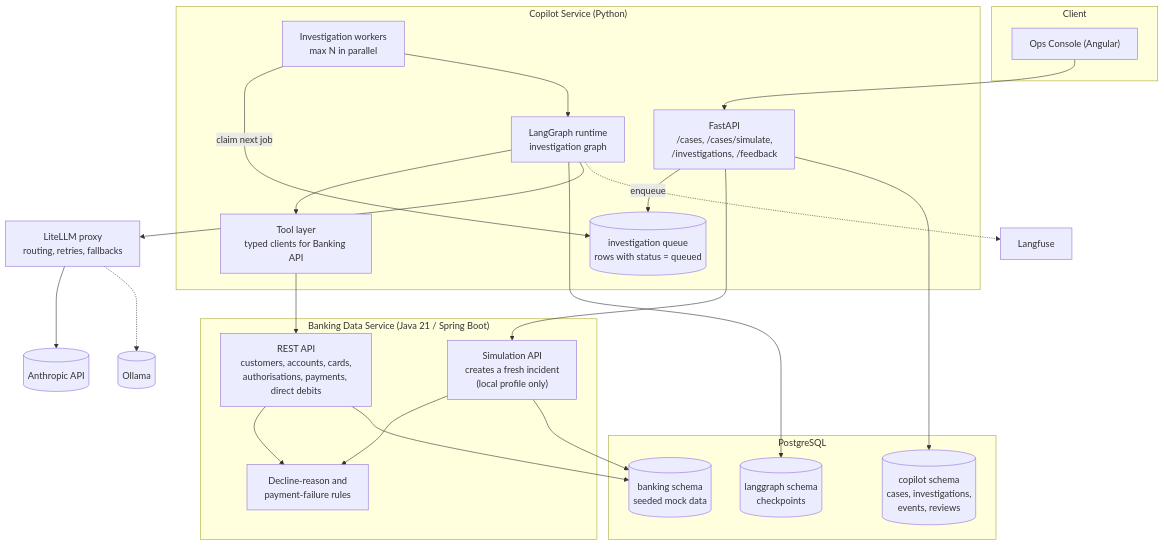
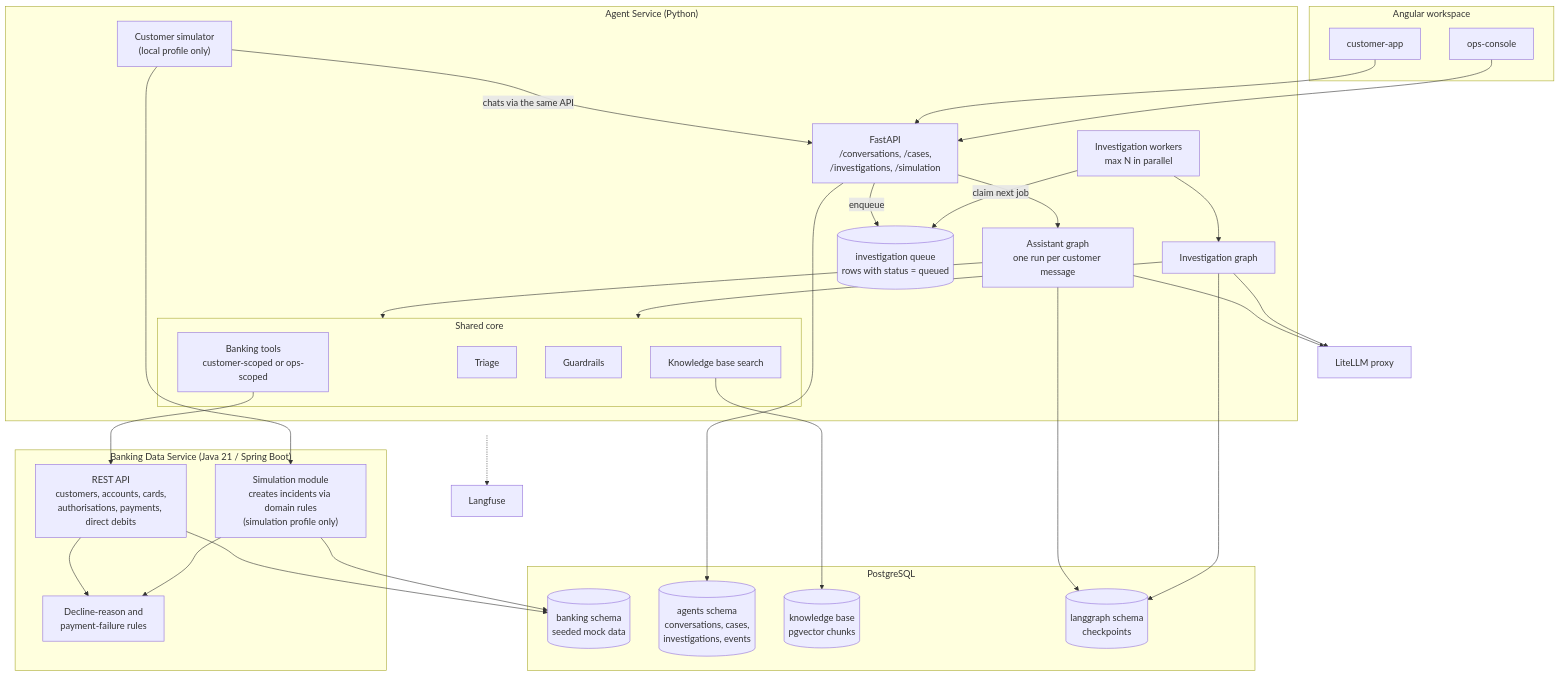
One commit to babicmilan999/claude-poc changed the second of 12 diagrams in docs/architecture.md. Above: the diagram before and after it, drawn with Mermaid. The commit also changed other lines of this file, not shown here.

First line of the commit message:
Add in-app customer assistant to architecture design

````diff
--- a/docs/architecture.md
+++ b/docs/architecture.md
@@ -68,48 +81,61 @@
 ```mermaid
 flowchart TB
-    subgraph client["Client"]
-        console["Ops Console (Angular)"]
+    subgraph clients["Angular workspace"]
+        capp["customer-app"]
+        console["ops-console"]
     end
 
-    subgraph copilot_svc["Copilot Service (Python)"]
-        api["FastAPI<br/>/cases, /cases/simulate,<br/>/investigations, /feedback"]
+    subgraph agent_svc["Agent Service (Python)"]
+        api["FastAPI<br/>/conversations, /cases,<br/>/investigations, /simulation"]
+        assistant["Assistant graph<br/>one run per customer message"]
         workers["Investigation workers<br/>max N in parallel"]
-        graph_rt["LangGraph runtime<br/>investigation graph"]
-        tools["Tool layer<br/>typed clients for Banking API"]
+        investigation["Investigation graph"]
+        subgraph core["Shared core"]
+            triage["Triage"]
+            tools["Banking tools<br/>customer-scoped or ops-scoped"]
+            guards["Guardrails"]
+            kb["Knowledge base search"]
+        end
+        sim["Customer simulator<br/>(local profile only)"]
+        api --> assistant
         api -->|"enqueue"| jobs
         workers -->|"claim next job"| jobs
-        workers --> graph_rt --> tools
+        workers --> investigation
+        assistant --> core
+        investigation --> core
+        sim -->|"chats via the same API"| api
     end
 
     subgraph banking_svc["Banking Data Service (Java 21 / Spring Boot)"]
         bapi["REST API<br/>customers, accounts, cards,<br/>authorisations, payments, direct debits"]
-        sim["Simulation API<br/>creates a fresh incident<br/>(local profile only)"]
+        bsim["Simulation module<br/>creates incidents via domain rules<br/>(simulation profile only)"]
         rules["Decline-reason and<br/>payment-failure rules"]
         bapi --> rules
-        sim --> rules
+        bsim --> rules
     end
 
     subgraph data["PostgreSQL"]
         bankdb[("banking schema<br/>seeded mock data")]
-        copdb[("copilot schema<br/>cases, investigations,<br/>events, reviews")]
+        appdb[("agents schema<br/>conversations, cases,<br/>investigations, events")]
         jobs[("investigation queue<br/>rows with status = queued")]
+        kbdb[("knowledge base<br/>pgvector chunks")]
         ckpt[("langgraph schema<br/>checkpoints")]
     end
 
-    litellm["LiteLLM proxy<br/>routing, retries, fallbacks"]
-    anthropic[("Anthropic API")]
-    ollama[("Ollama")]
+    litellm["LiteLLM proxy"]
     langfuse["Langfuse"]
 
+    capp --> api
     console --> api
-    api --> sim
     tools --> bapi
+    sim --> bsim
     bapi --> bankdb
-    sim --> bankdb
-    api --> copdb
-    graph_rt --> ckpt
-    graph_rt --> litellm
-    litellm --> anthropic
-    litellm -.-> ollama
-    graph_rt -.-> langfuse
+    bsim --> bankdb
+    api --> appdb
+    kb --> kbdb
+    assistant --> ckpt
+    investigation --> ckpt
+    assistant --> litellm
+    investigation --> litellm
+    agent_svc -.-> langfuse
 ```
````
